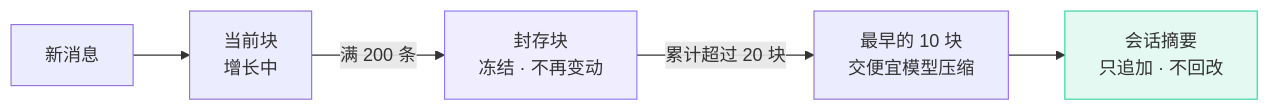
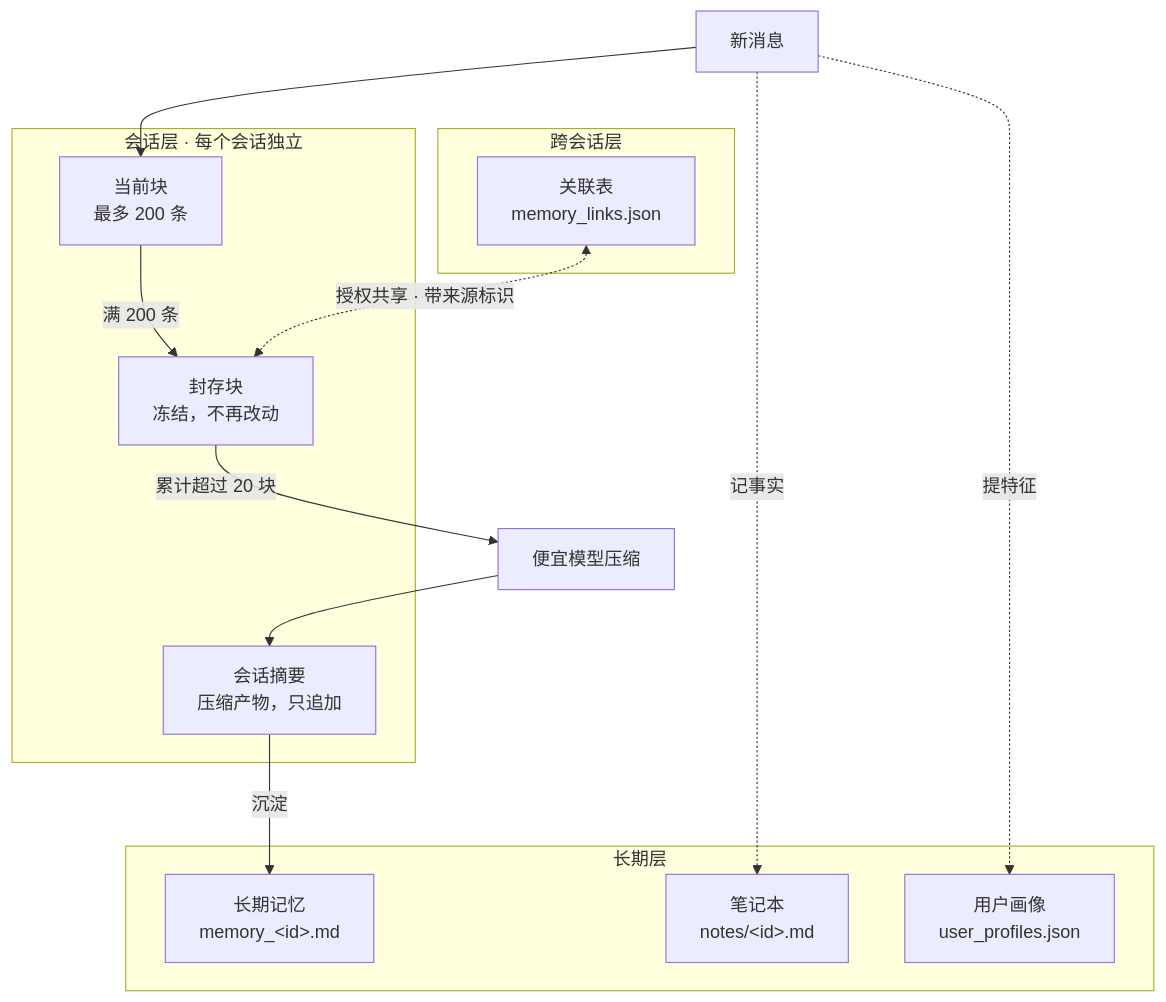
One commit to Trusler258/huanmeng-qqbot changed the second of 4 diagrams in README.md. Above: the diagram before and after it, drawn with Mermaid. The commit also changed other lines of this file, not shown here.

First line of the commit message:
docs(readme): 去 AI 味重写 + 补全指令清单 + 扩记忆导图 + 修 URL 转义

````diff
--- a/README.md
+++ b/README.md
@@ -241,10 +200,29 @@
 ```mermaid
-flowchart LR
-    A["新消息"] --> B["当前块<br/>增长中"]
-    B -->|"满 200 条"| C["封存块<br/>冻结 · 不再变动"]
-    C -->|"累计超过 20 块"| D["最早的 10 块<br/>交便宜模型压缩"]
-    D --> E["会话摘要<br/>只追加 · 不回改"]
+flowchart TB
+    MSG["新消息"]
 
-    style C fill:#8B7BFF22,stroke:#8B7BFF
-    style E fill:#34D39922,stroke:#34D399
+    subgraph SESS["会话层 · 每个会话独立"]
+        CUR["当前块<br/>最多 200 条"]
+        BLK["封存块<br/>冻结，不再改动"]
+        SUM["会话摘要<br/>压缩产物，只追加"]
+    end
+
+    subgraph LONG["长期层"]
+        LMF["长期记忆<br/>memory_&lt;id&gt;.md"]
+        NTF["笔记本<br/>notes/&lt;id&gt;.md"]
+        PRF["用户画像<br/>user_profiles.json"]
+    end
+
+    subgraph CROSS["跨会话层"]
+        LNK["关联表<br/>memory_links.json"]
+    end
+
+    MSG --> CUR
+    CUR -->|"满 200 条"| BLK
+    BLK -->|"累计超过 20 块"| CMP["便宜模型压缩"]
+    CMP --> SUM
+    SUM -->|"沉淀"| LMF
+    MSG -.->|"记事实"| NTF
+    MSG -.->|"提特征"| PRF
+    LNK <-.->|"授权共享 · 带来源标识"| BLK
 ```
````
